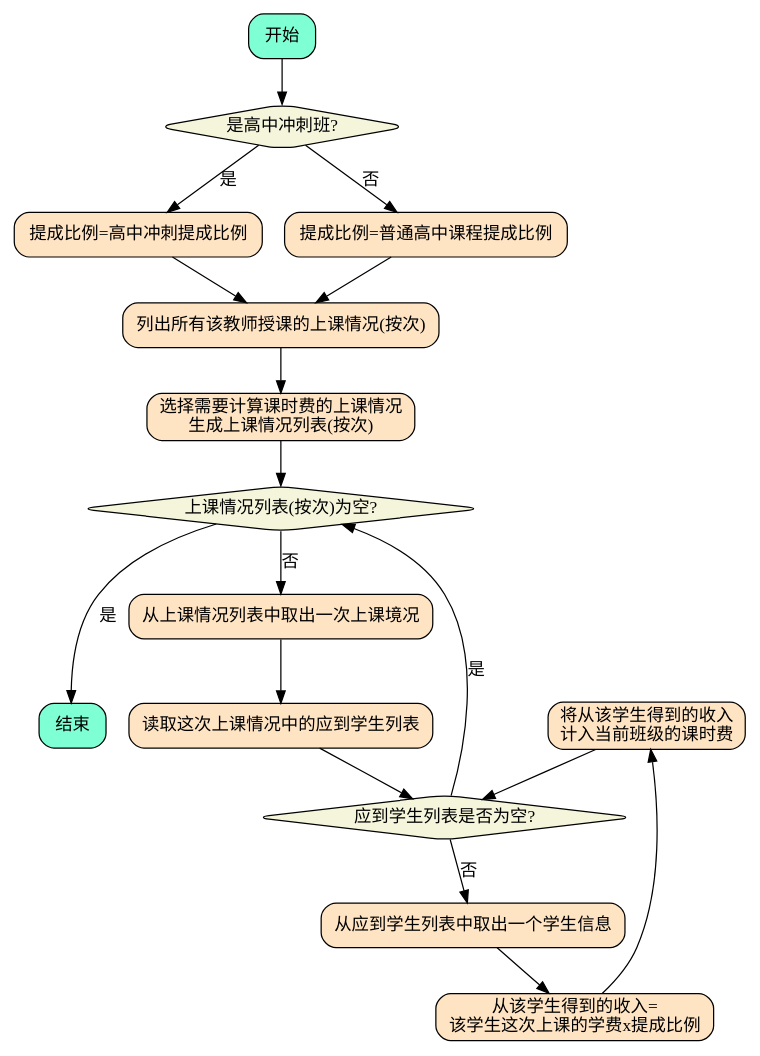
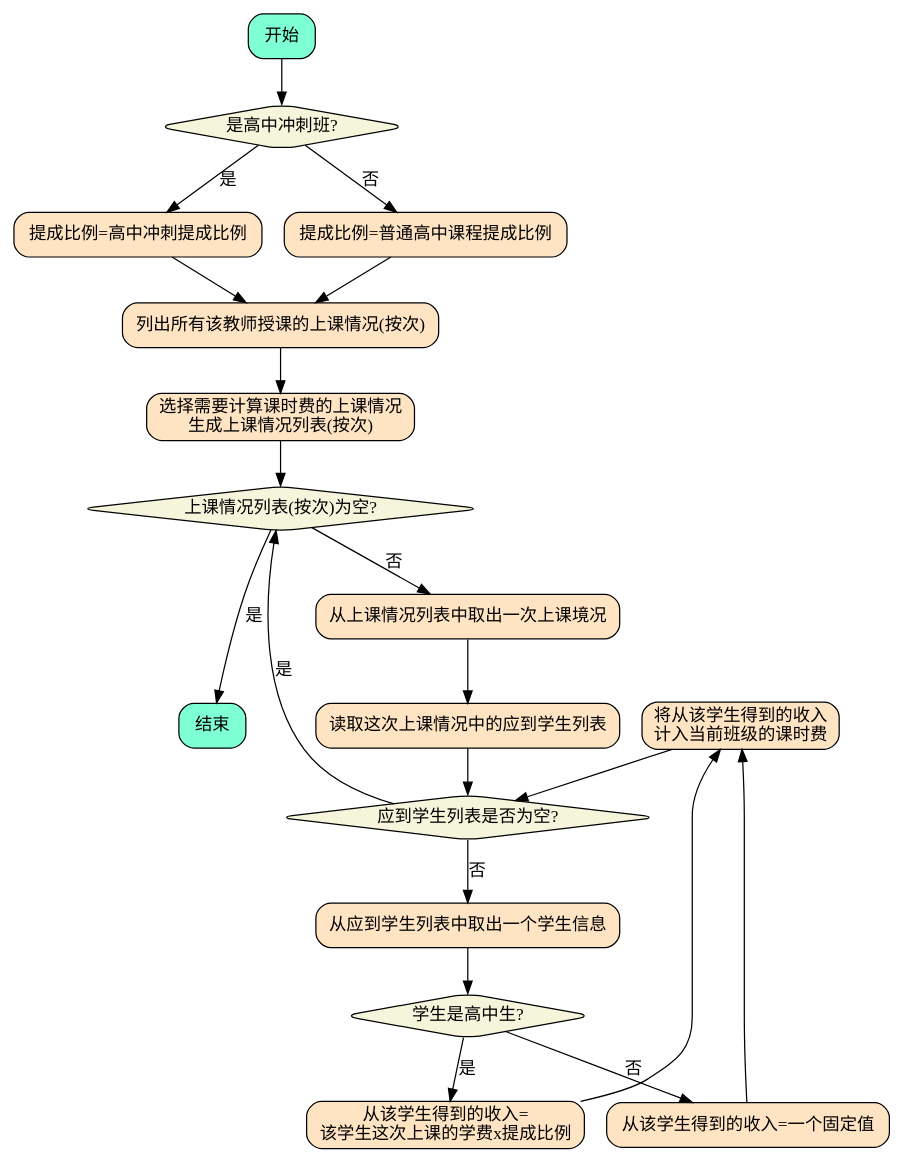
One commit to diandian888/mx-requirements changed the diagram in management-system/hr/pay/svg/01.dot. Above: the diagram before and after it, drawn with Graphviz. The commit also changed 1 other file, not shown here.

```diff
--- a/management-system/hr/pay/svg/01.dot
+++ b/management-system/hr/pay/svg/01.dot
@@ -1,36 +1,43 @@
 digraph {
     node [shape="box", style="rounded,filled", fillcolor="aquamarine"]
         start[label="开始"];
         end[label="结束"];
 
     node [shape="box", style="rounded,filled", fillcolor="bisque"]
         s1_a[label="提成比例=高中冲刺提成比例"];
         s1_b[label="提成比例=普通高中课程提成比例"];
         s2[label="列出所有该教师授课的上课情况(按次)"];
         s3[label="选择需要计算课时费的上课情况\n生成上课情况列表(按次)"];
         s4[label="从上课情况列表中取出一次上课境况"];
         s5[label="读取这次上课情况中的应到学生列表"];
         s6[label="从应到学生列表中取出一个学生信息"];
-        s7[label="从该学生得到的收入=\n该学生这次上课的学费x提成比例"];
+        s7_a[label="从该学生得到的收入=\n该学生这次上课的学费x提成比例"];
+        s7_b[label="从该学生得到的收入=一个固定值"];
         s8[label="将从该学生得到的收入\n计入当前班级的课时费"];
     
     node [shape="diamond", style="rounded,filled", fillcolor="beige"]
         c1[label="是高中冲刺班?"];
         c2[label="上课情况列表(按次)为空?"];
         c3[label="应到学生列表是否为空?"];
+        c4[label="学生是高中生?"];
 
     start -> c1;
     c1 -> s1_a[label="是"];
     c1 -> s1_b[label="否"];
     s1_a -> s2;
     s1_b -> s2;
     s2 -> s3 -> c2;
     c2 -> s4[label="否"];
     c2 -> end[label="是"];
     s4 -> s5 -> c3;
     c3 -> s6[label="否"];
     c3 -> c2[label="是"];
-    s6 -> s7 -> s8 -> c3;
+    s6 -> c4;
+    c4 -> s7_a[label="是"];
+    c4 -> s7_b[label="否"];
+    s7_a -> s8;
+    s7_b -> s8;
+    s8 -> c3;
 
     {rank=same; s8 end}
 }
```
